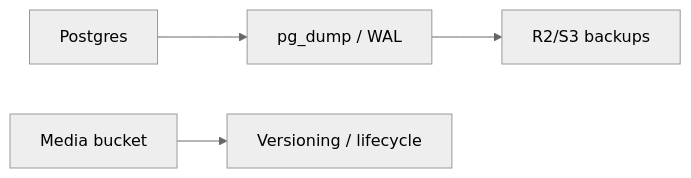
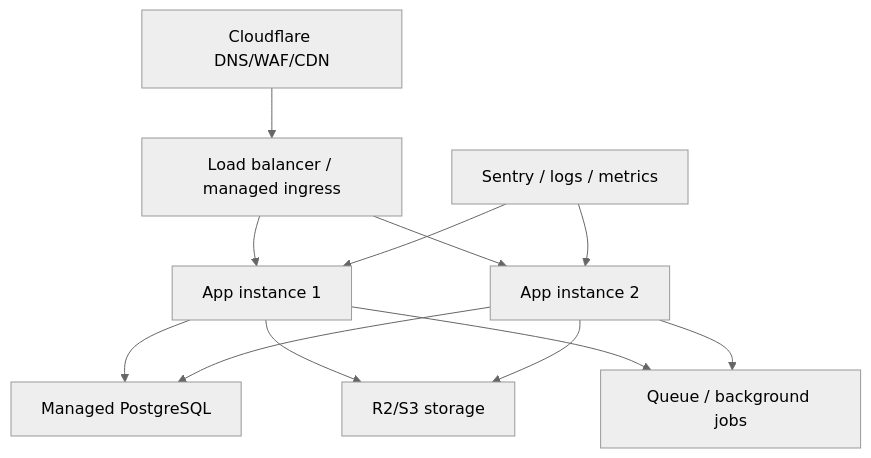
Before and after one commit to hertz143g/chainso: the fifth of 5 diagrams in docs/PROJECT_INFRASTRUCTURE.md, drawn with Mermaid (neutral theme). The commit also changed other lines of this file, not shown here.

````diff
--- a/docs/PROJECT_INFRASTRUCTURE.md
+++ b/docs/PROJECT_INFRASTRUCTURE.md
@@ -561,6 +808,14 @@
 ```mermaid
-flowchart LR
-  Postgres["Postgres"] --> Dump["pg_dump / WAL"]
-  Dump --> BackupBucket["R2/S3 backups"]
-  Storage["Media bucket"] --> Lifecycle["Versioning / lifecycle"]
+flowchart TD
+  Cloudflare["Cloudflare DNS/WAF/CDN"] --> LB["Load balancer / managed ingress"]
+  LB --> App1["App instance 1"]
+  LB --> App2["App instance 2"]
+  App1 --> ManagedDB["Managed PostgreSQL"]
+  App2 --> ManagedDB
+  App1 --> ObjectStorage["R2/S3 storage"]
+  App2 --> ObjectStorage
+  App1 --> Queue["Queue / background jobs"]
+  App2 --> Queue
+  Monitor["Sentry / logs / metrics"] --> App1
+  Monitor --> App2
 ```
````
